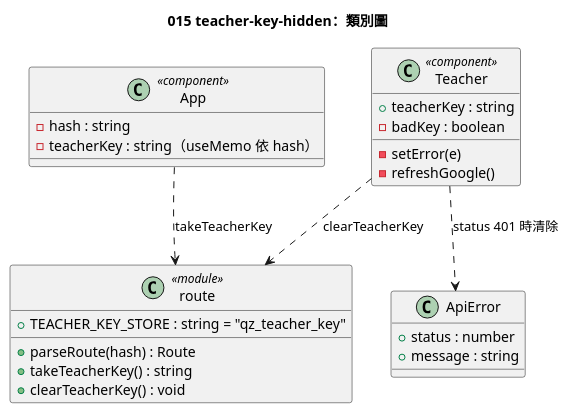
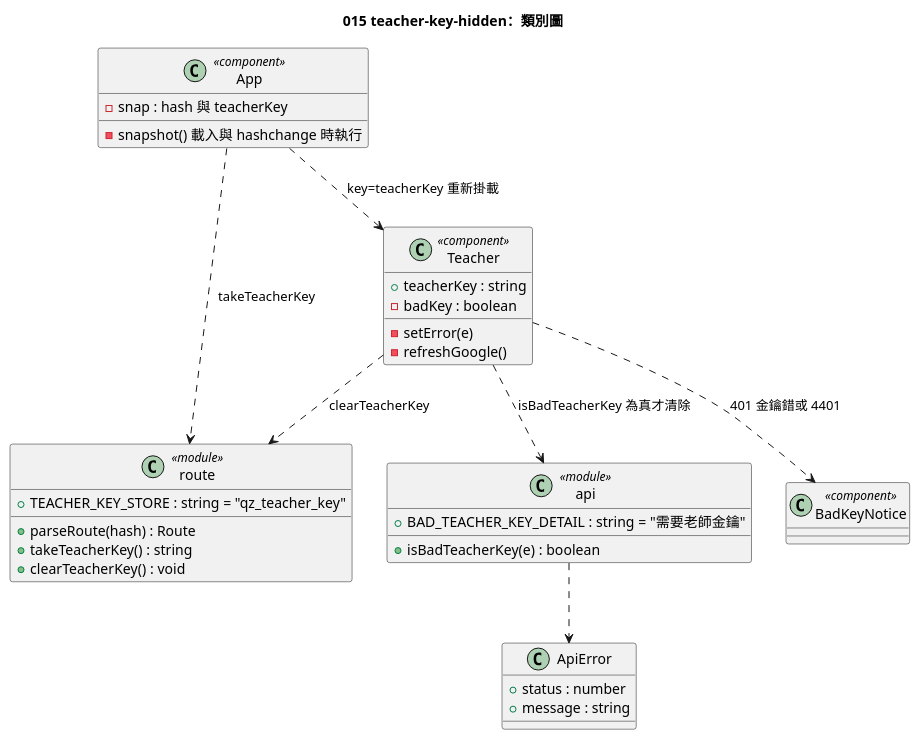
The diagram in diagrams/015-teacher-key-hidden-class.puml (yue083139/software_fin-speckit), drawn with PlantUML before and after one commit. The commit also changed 13 other files, not shown here.

First line of the commit message:
fix(web): 015-teacher-key-hidden v1.1——評審藥方（hashchange 時取金鑰、金鑰換即重掛載、只認「需要老師金鑰」401、整頁 BadKeyNotice）

```diff
--- a/diagrams/015-teacher-key-hidden-class.puml
+++ b/diagrams/015-teacher-key-hidden-class.puml
@@ -1,27 +1,35 @@
 @startuml 015-teacher-key-hidden-class
 title 015 teacher-key-hidden：類別圖
 
 class route <<module>> {
   +TEACHER_KEY_STORE : string = "qz_teacher_key"
   +parseRoute(hash) : Route
   +takeTeacherKey() : string
   +clearTeacherKey() : void
 }
 class App <<component>> {
-  -hash : string
-  -teacherKey : string（useMemo 依 hash）
+  -snap : hash 與 teacherKey
+  -snapshot() 載入與 hashchange 時執行
+}
+class api <<module>> {
+  +BAD_TEACHER_KEY_DETAIL : string = "需要老師金鑰"
+  +isBadTeacherKey(e) : boolean
 }
 class Teacher <<component>> {
   +teacherKey : string
   -badKey : boolean
   -setError(e)
   -refreshGoogle()
 }
+class BadKeyNotice <<component>>
 class ApiError {
   +status : number
   +message : string
 }
 App ..> route : takeTeacherKey
 Teacher ..> route : clearTeacherKey
-Teacher ..> ApiError : status 401 時清除
+Teacher ..> api : isBadTeacherKey 為真才清除
+Teacher ..> BadKeyNotice : 401 金鑰錯或 4401
+api ..> ApiError
+App ..> Teacher : key=teacherKey 重新掛載
 @enduml
```
